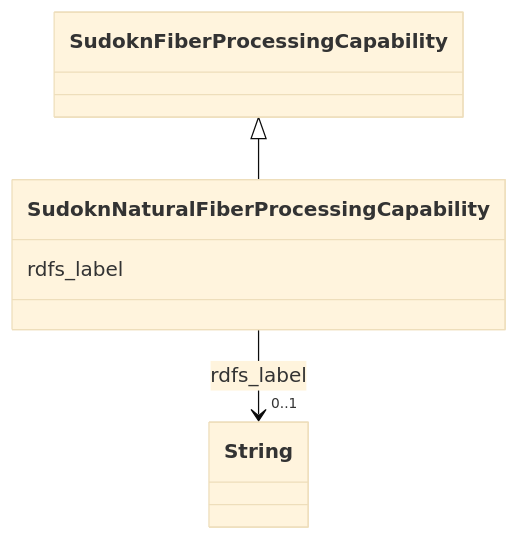
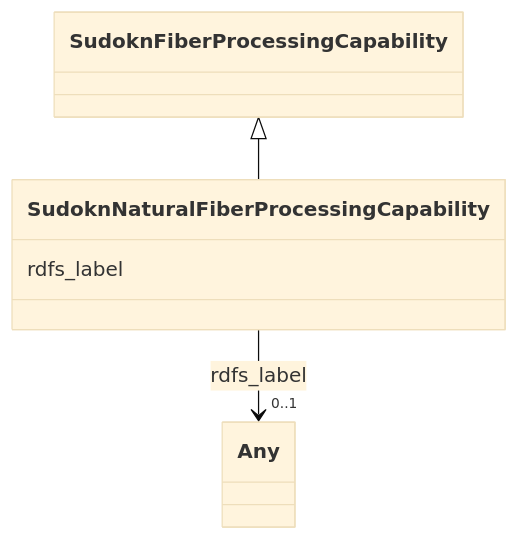
The diagram in sudokn-kg/classes/SudoknNaturalFiberProcessingCapability.md (frink-okn/graph-descriptions), drawn with Mermaid (base theme) before and after one commit. The commit also changed other lines of this file and 903 other files, not shown here.

````diff
--- a/sudokn-kg/classes/SudoknNaturalFiberProcessingCapability.md
+++ b/sudokn-kg/classes/SudoknNaturalFiberProcessingCapability.md
@@ -23,18 +18,18 @@
 ```mermaid
  classDiagram
     class SudoknNaturalFiberProcessingCapability
     click SudoknNaturalFiberProcessingCapability href "../SudoknNaturalFiberProcessingCapability"
       SudoknFiberProcessingCapability <|-- SudoknNaturalFiberProcessingCapability
         click SudoknFiberProcessingCapability href "../SudoknFiberProcessingCapability"
       
       SudoknNaturalFiberProcessingCapability : rdfs_label
         
           
     
     
-    SudoknNaturalFiberProcessingCapability --> "0..1" String : rdfs_label
-    click String href "../String"
+    SudoknNaturalFiberProcessingCapability --> "0..1" Any : rdfs_label
+    click Any href "../Any"
 
         
       
 ```
````
